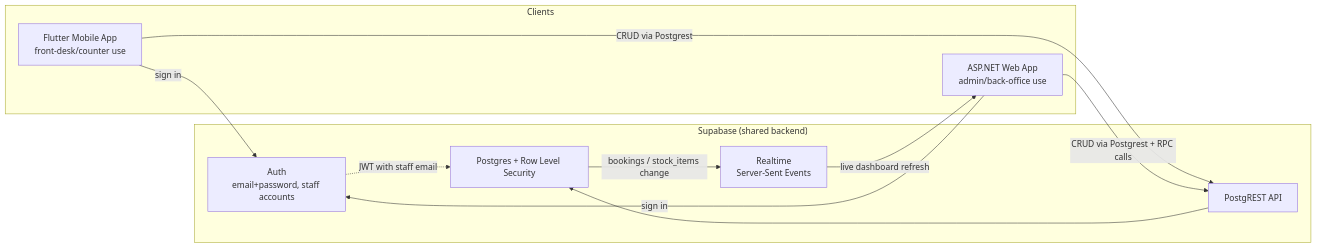
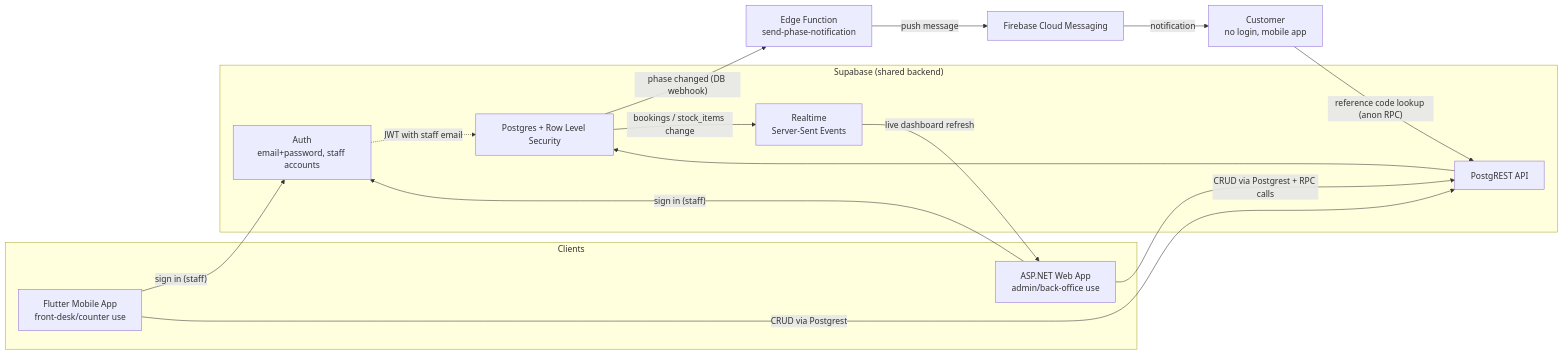
Before and after one commit to BlackZ3ro/Spanner-Riese-Auto-Clinic: the diagram in project-docs/phase-2/system-architecture.md, drawn with Mermaid. The commit also changed other lines of this file and 8 other files, not shown here.

Commit message:
Recheck: architecture, ERD and docs brought in line with Gary's 28 Sept mobile work

````diff
--- a/project-docs/phase-2/system-architecture.md
+++ b/project-docs/phase-2/system-architecture.md
@@ -22,24 +24,32 @@
 ```mermaid
 flowchart LR
     subgraph Clients
         A[Flutter Mobile App<br/>front-desk/counter use]
         B[ASP.NET Web App<br/>admin/back-office use]
     end
 
     subgraph Supabase["Supabase (shared backend)"]
         Auth[Auth<br/>email+password, staff accounts]
         RLS[Postgres + Row Level Security]
         RT[Realtime<br/>Server-Sent Events]
         REST[PostgREST API]
     end
 
-    A -- "sign in" --> Auth
-    B -- "sign in" --> Auth
+    C[Customer<br/>no login, mobile app]
+    EF[Edge Function<br/>send-phase-notification]
+    FCM[Firebase Cloud Messaging]
+
+    A -- "sign in (staff)" --> Auth
+    B -- "sign in (staff)" --> Auth
+    C -- "reference code lookup (anon RPC)" --> REST
+    RLS -- "phase changed (DB webhook)" --> EF
+    EF -- "push message" --> FCM
+    FCM -- "notification" --> C
     A -- "CRUD via Postgrest" --> REST
     B -- "CRUD via Postgrest + RPC calls" --> REST
     REST --> RLS
     RLS -- "bookings / stock_items change" --> RT
     RT -- "live dashboard refresh" --> B
 
     Auth -.->|JWT with staff email| RLS
 ```
````
